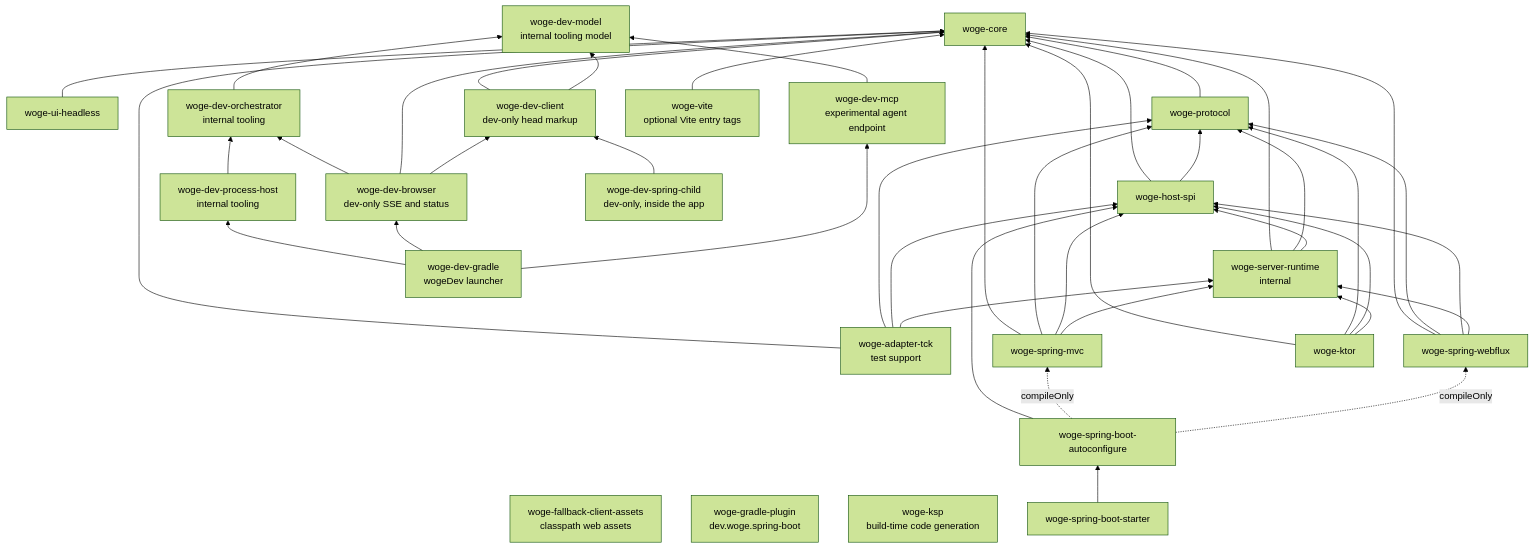
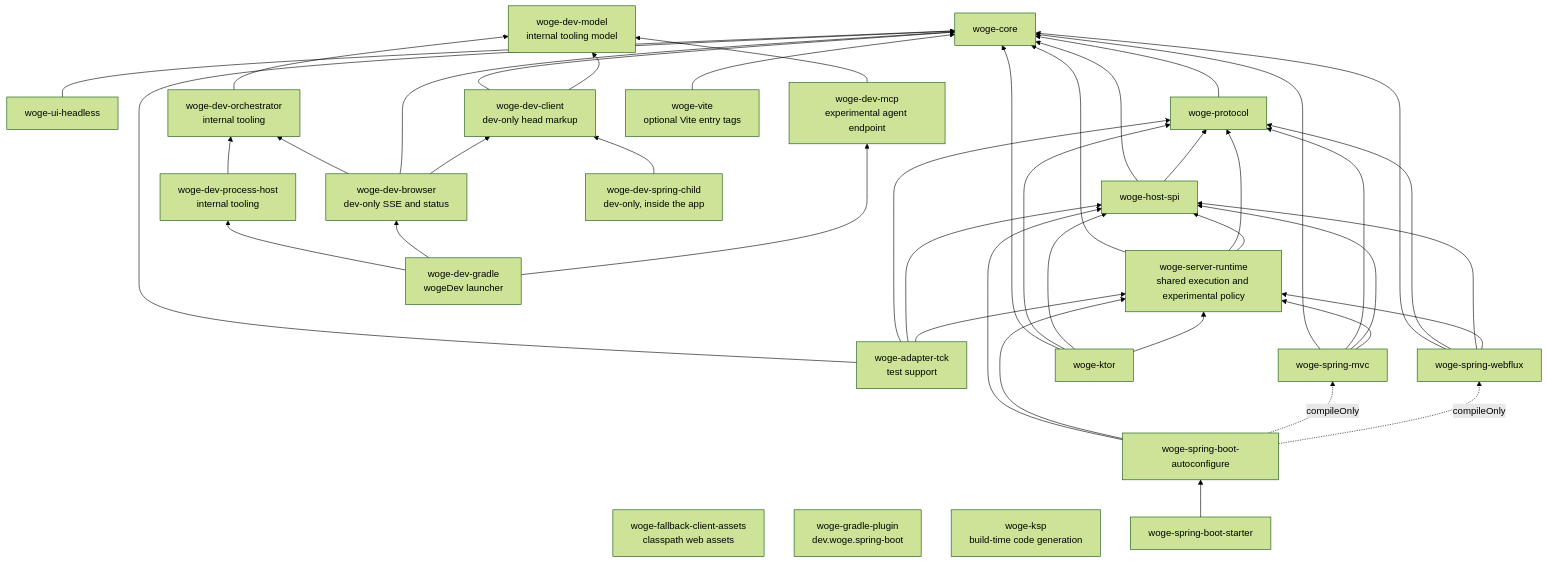
The diagram in docs/architecture/module-graph.md (christian-draeger/woge), drawn with Mermaid (forest theme) before and after one commit. The commit also changed other lines of this file and 69 other files, not shown here.

````diff
--- a/docs/architecture/module-graph.md
+++ b/docs/architecture/module-graph.md
@@ -8,47 +8,48 @@
 ```mermaid
 flowchart BT
     UI[woge-ui-headless] --> Core[woge-core]
     Assets[woge-fallback-client-assets<br/>classpath web assets]
     Protocol[woge-protocol] --> Core
     SPI[woge-host-spi] --> Core
     SPI --> Protocol
-    Runtime[woge-server-runtime<br/>internal] --> Core
+    Runtime[woge-server-runtime<br/>shared execution and experimental policy] --> Core
     Runtime --> Protocol
     Runtime --> SPI
     DevModel[woge-dev-model<br/>internal tooling model]
     DevOrchestrator[woge-dev-orchestrator<br/>internal tooling] --> DevModel
     DevProcess[woge-dev-process-host<br/>internal tooling] --> DevOrchestrator
     DevBrowser[woge-dev-browser<br/>dev-only SSE and status] --> DevOrchestrator
     DevBrowser --> Core
     DevBrowser --> DevClient
     DevClient[woge-dev-client<br/>dev-only head markup] --> Core
     DevClient --> DevModel
     DevChild[woge-dev-spring-child<br/>dev-only, inside the app] --> DevClient
     DevGradle[woge-dev-gradle<br/>wogeDev launcher] --> DevProcess
     DevGradle --> DevBrowser
     DevMcp[woge-dev-mcp<br/>experimental agent endpoint] --> DevModel
     DevGradle --> DevMcp
     GradlePlugin[woge-gradle-plugin<br/>dev.woge.spring-boot]
     Ksp[woge-ksp<br/>build-time code generation]
     TCK[woge-adapter-tck<br/>test support] --> Core
     TCK --> Protocol
     TCK --> SPI
     TCK --> Runtime
     MVC[woge-spring-mvc] --> Core
     MVC --> Protocol
     MVC --> SPI
     MVC --> Runtime
     WebFlux[woge-spring-webflux] --> Core
     WebFlux --> Protocol
     WebFlux --> SPI
     WebFlux --> Runtime
     Ktor[woge-ktor] --> Core
     Ktor --> Protocol
     Ktor --> SPI
     Ktor --> Runtime
     Vite[woge-vite<br/>optional Vite entry tags] --> Core
     Auto[woge-spring-boot-autoconfigure] --> SPI
+    Auto --> Runtime
     Auto -. compileOnly .-> MVC
     Auto -. compileOnly .-> WebFlux
     Starter[woge-spring-boot-starter] --> Auto
 ```
````
